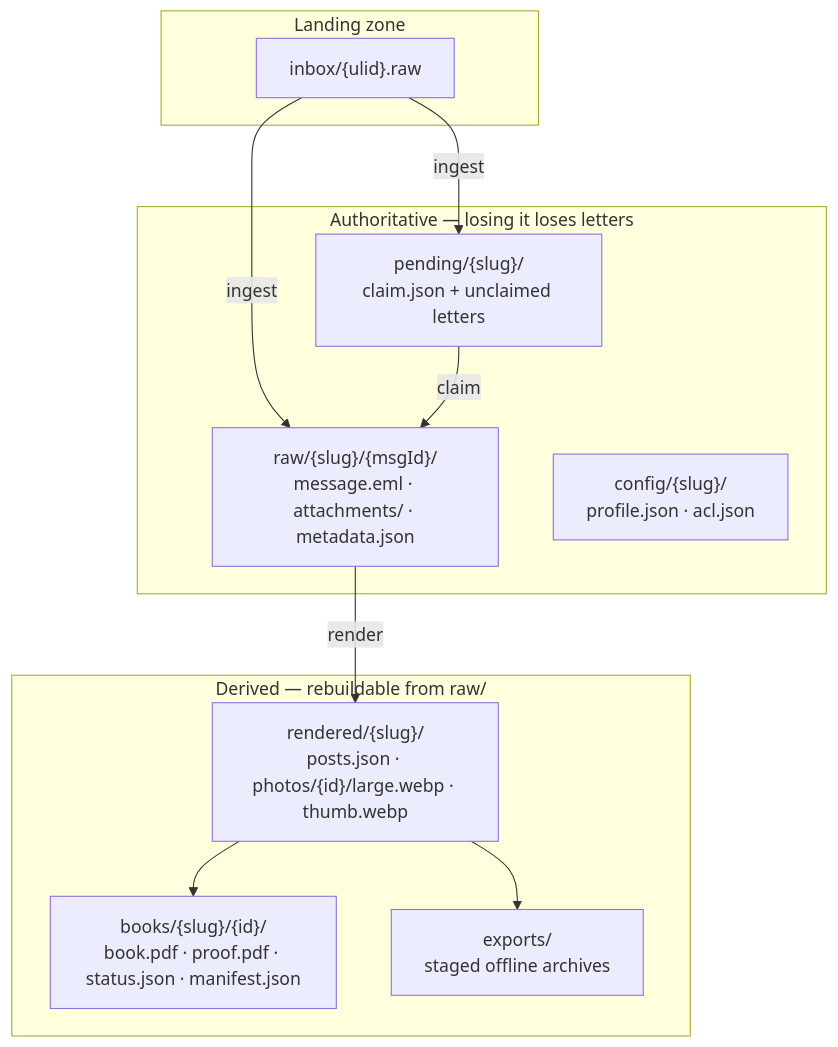
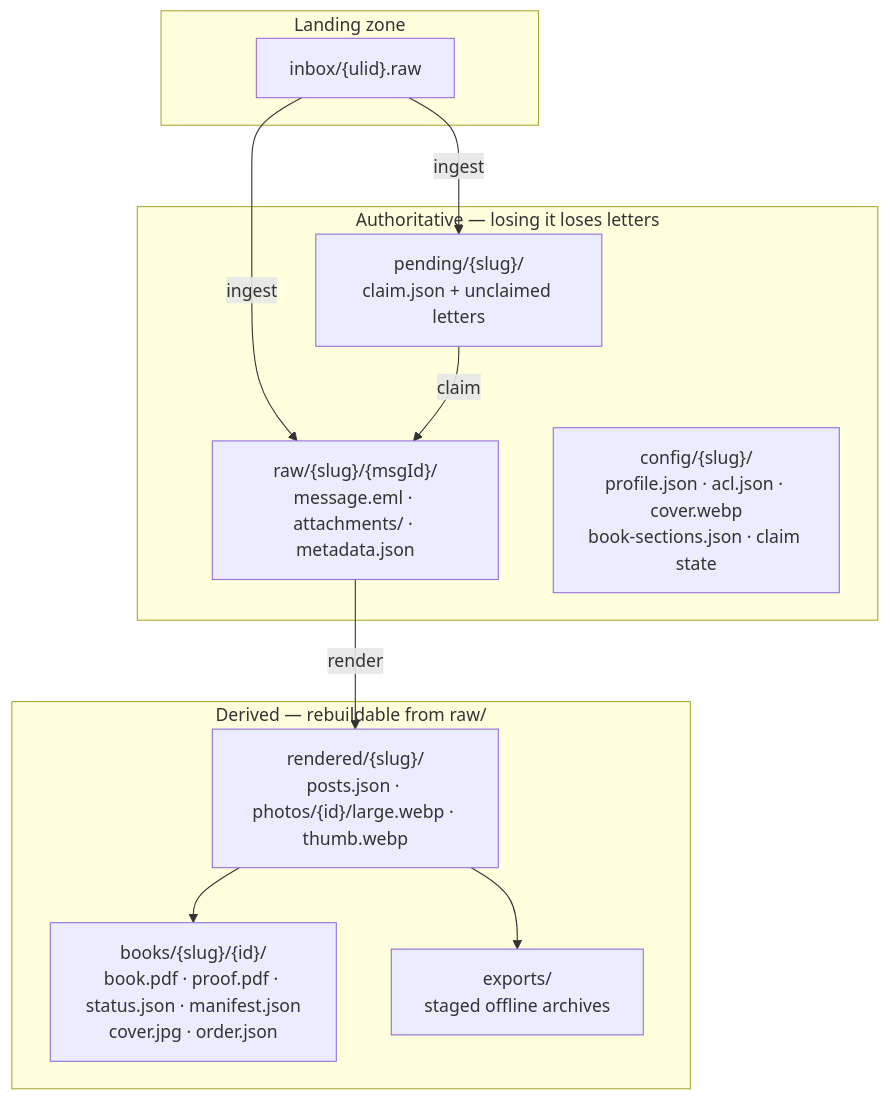
The fourth of 12 diagrams in docs/architecture.md (kurtzeborn/mission-journal), drawn with Mermaid before and after one commit. The commit also changed other lines of this file, not shown here.

First line of the commit message:
Update deployed architecture diagrams

````diff
--- a/docs/architecture.md
+++ b/docs/architecture.md
@@ -107,25 +111,25 @@
 ```mermaid
 flowchart TB
     subgraph auth[Authoritative — losing it loses letters]
         raw["raw/{slug}/{msgId}/<br/>message.eml · attachments/ · metadata.json"]
-        config["config/{slug}/<br/>profile.json · acl.json"]
+        config["config/{slug}/<br/>profile.json · acl.json · cover.webp<br/>book-sections.json · claim state"]
         pending["pending/{slug}/<br/>claim.json + unclaimed letters"]
     end
 
     subgraph derived[Derived — rebuildable from raw/]
         rendered["rendered/{slug}/<br/>posts.json · photos/{id}/large.webp · thumb.webp"]
-        books["books/{slug}/{id}/<br/>book.pdf · proof.pdf · status.json · manifest.json"]
+        books["books/{slug}/{id}/<br/>book.pdf · proof.pdf · status.json · manifest.json<br/>cover.jpg · order.json"]
         exports["exports/<br/>staged offline archives"]
     end
 
     subgraph transient[Landing zone]
         inbox["inbox/{ulid}.raw"]
     end
 
     inbox -->|ingest| raw
     inbox -->|ingest| pending
     pending -->|claim| raw
     raw -->|render| rendered
     rendered --> books
     rendered --> exports
 ```
````
